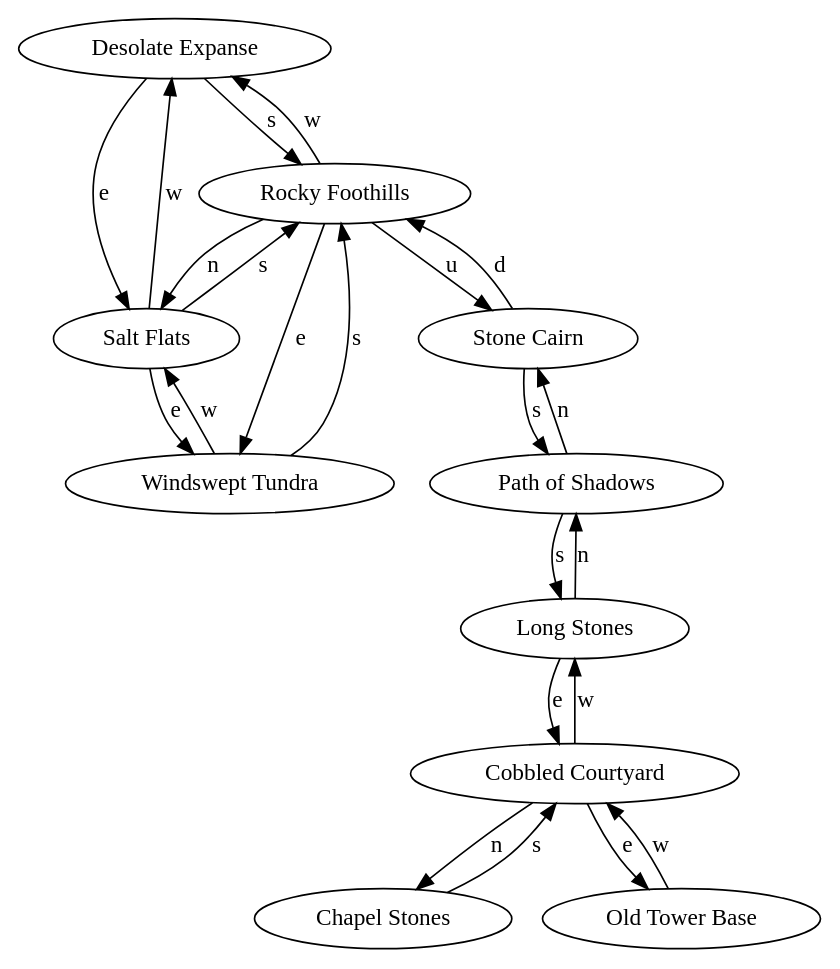
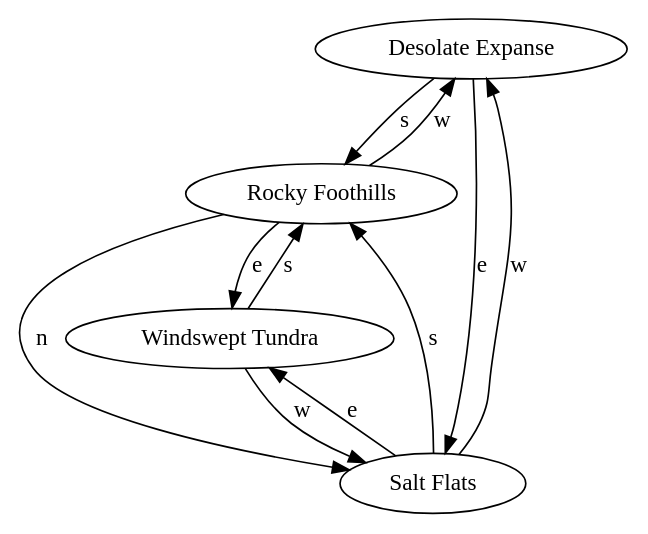
Before and after one commit to mcglincy/monster: the diagram in utils/maps/dot/rocky_foothills.dot, drawn with Graphviz. The commit also changed 24 other files, not shown here.

```diff
--- a/utils/maps/dot/rocky_foothills.dot
+++ b/utils/maps/dot/rocky_foothills.dot
@@ -1,34 +1,16 @@
 digraph monster {
 room_202 [label="Desolate Expanse"];
 room_202 -> room_206 [label="s"];
 room_202 -> room_203 [label="e"];
 room_203 [label="Salt Flats"];
 room_203 -> room_206 [label="s"];
 room_203 -> room_204 [label="e"];
 room_203 -> room_202 [label="w"];
 room_204 [label="Windswept Tundra"];
 room_204 -> room_206 [label="s"];
 room_204 -> room_203 [label="w"];
 room_206 [label="Rocky Foothills"];
 room_206 -> room_203 [label="n"];
 room_206 -> room_204 [label="e"];
 room_206 -> room_202 [label="w"];
-room_206 -> room_560 [label="u"];
-room_559 [label="Path of Shadows"];
-room_559 -> room_560 [label="n"];
-room_559 -> room_613 [label="s"];
-room_560 [label="Stone Cairn"];
-room_560 -> room_559 [label="s"];
-room_560 -> room_206 [label="d"];
-room_613 [label="Long Stones"];
-room_613 -> room_559 [label="n"];
-room_613 -> room_614 [label="e"];
-room_614 [label="Cobbled Courtyard"];
-room_614 -> room_615 [label="n"];
-room_614 -> room_616 [label="e"];
-room_614 -> room_613 [label="w"];
-room_615 [label="Chapel Stones"];
-room_615 -> room_614 [label="s"];
-room_616 [label="Old Tower Base"];
-room_616 -> room_614 [label="w"];
 }
```
